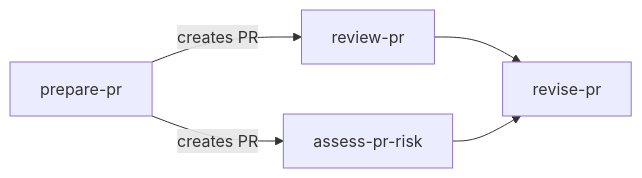
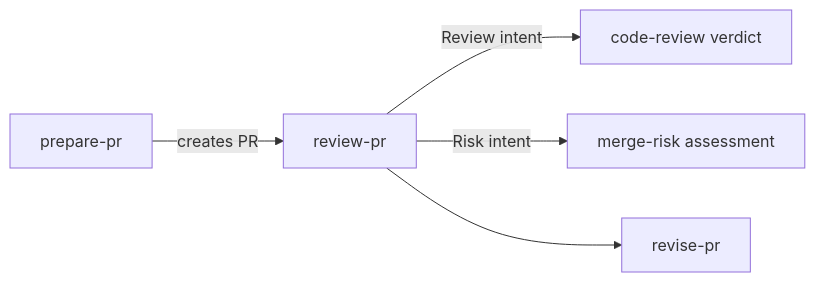
Before and after one commit to pnewsam/skills: the third of 14 diagrams in README.md, drawn with Mermaid. The commit also changed other lines of this file and 82 other files, not shown here.

````diff
--- a/README.md
+++ b/README.md
@@ -151,7 +163,7 @@
 ```mermaid
 flowchart LR
     PP[prepare-pr] -->|creates PR| RP[review-pr]
-    PP -->|creates PR| APR[assess-pr-risk]
+    RP -->|Review intent| CR[code-review verdict]
+    RP -->|Risk intent| RA[merge-risk assessment]
     RP --> RVP[revise-pr]
-    APR --> RVP
 ```
````
